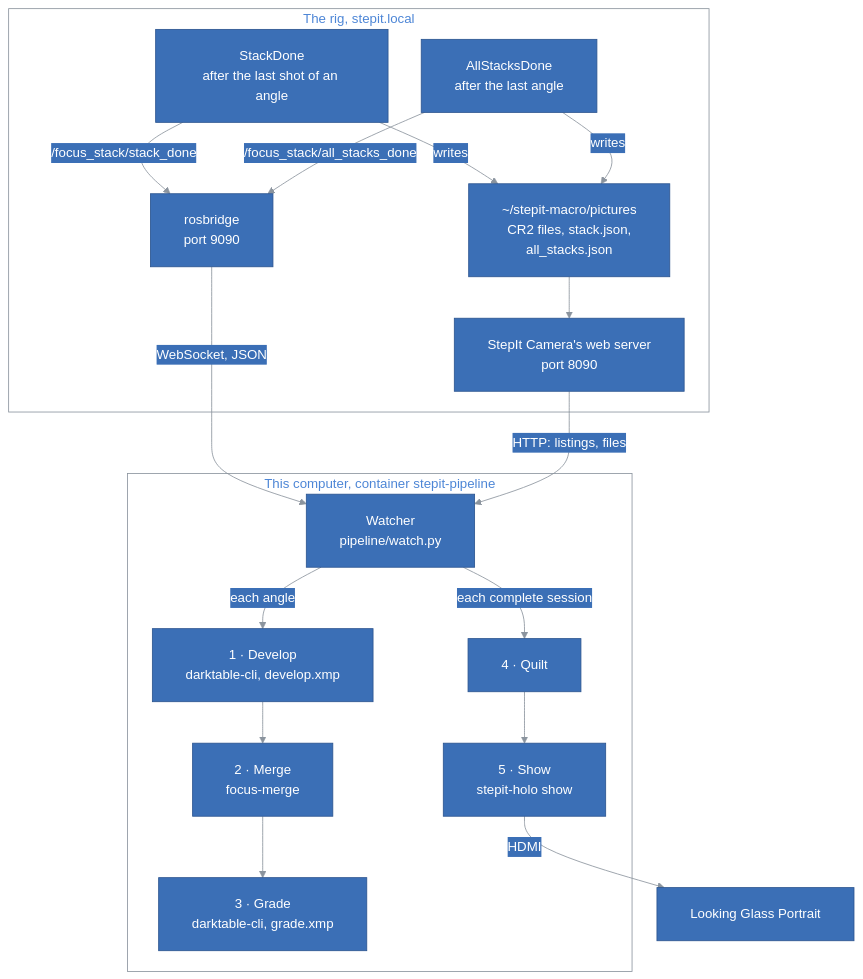
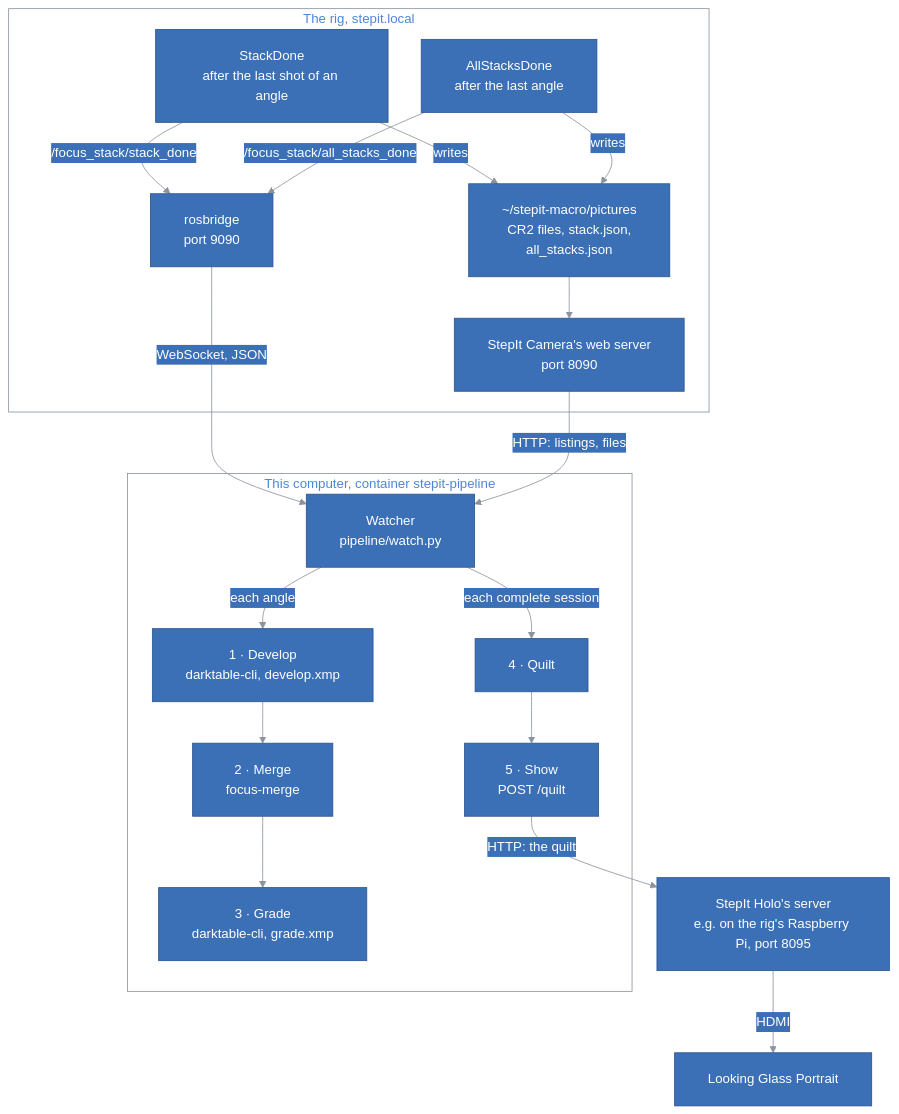
The first of 2 diagrams in docs/ARCHITECTURE.md (kineticsystem/stepit-stacker), drawn with Mermaid before and after one commit. The commit also changed other lines of this file and 11 other files, not shown here.

First line of the commit message:
Upload each quilt to StepIt Holo's server, instead of showing it here

````diff
--- a/docs/ARCHITECTURE.md
+++ b/docs/ARCHITECTURE.md
@@ -103,15 +103,17 @@
         Merge["2 · Merge<br/>focus-merge"]
         Grade["3 · Grade<br/>darktable-cli, grade.xmp"]
         Quilt["4 · Quilt"]
-        Show["5 · Show<br/>stepit-holo show"]
+        Show["5 · Show<br/>POST /quilt"]
         Watcher -- "each angle" --> Develop --> Merge --> Grade
         Watcher -- "each complete session" --> Quilt --> Show
     end
+    Holo["StepIt Holo's server<br/>e.g. on the rig's Raspberry Pi, port 8095"]
     Portrait["Looking Glass Portrait"]
     Rosbridge -- "WebSocket, JSON" --> Watcher
     RigPictures --> WebServer
     WebServer -- "HTTP: listings, files" --> Watcher
-    Show -- "HDMI" --> Portrait
+    Show -- "HTTP: the quilt" --> Holo
+    Holo -- "HDMI" --> Portrait
 
     classDef default fill:#3b6fb6,stroke:#2c5590,color:#ffffff
 ```
````
